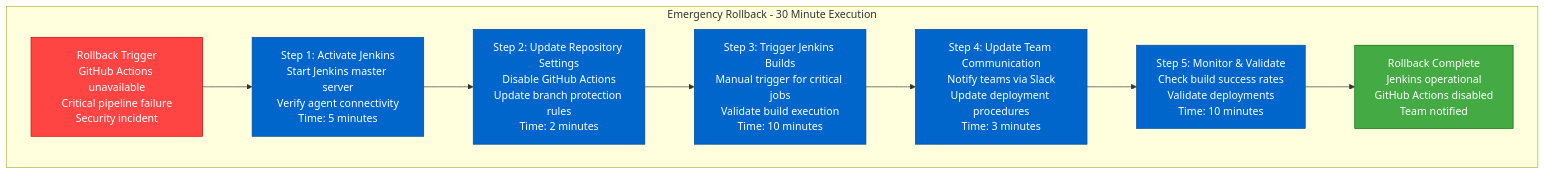
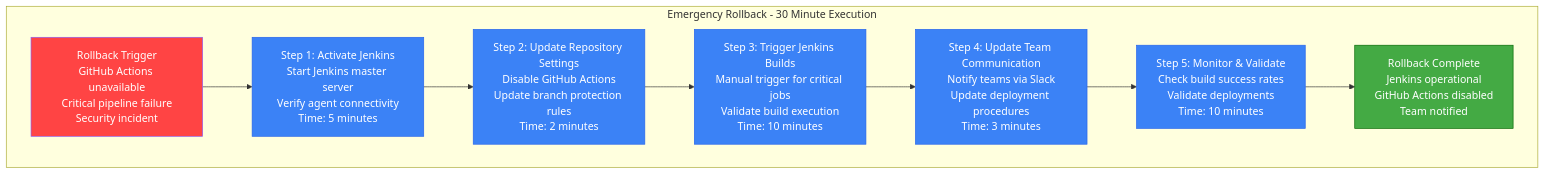
One commit to deepaucksharma/DS changed the seventh of 7 diagrams in site/docs/migrations/jenkins-to-github-actions.md. Above: the diagram before and after it, drawn with Mermaid. The commit also changed other lines of this file and 187 other files, not shown here.

````diff
--- a/site/docs/migrations/jenkins-to-github-actions.md
+++ b/site/docs/migrations/jenkins-to-github-actions.md
@@ -1291,35 +1291,35 @@
 ```mermaid
 graph TB
     subgraph RollbackProcess[Emergency Rollback - 30 Minute Execution]
 
         TRIGGER[Rollback Trigger<br/>GitHub Actions unavailable<br/>Critical pipeline failure<br/>Security incident]
 
         STEP1[Step 1: Activate Jenkins<br/>Start Jenkins master server<br/>Verify agent connectivity<br/>Time: 5 minutes]
 
         STEP2[Step 2: Update Repository Settings<br/>Disable GitHub Actions<br/>Update branch protection rules<br/>Time: 2 minutes]
 
         STEP3[Step 3: Trigger Jenkins Builds<br/>Manual trigger for critical jobs<br/>Validate build execution<br/>Time: 10 minutes]
 
         STEP4[Step 4: Update Team Communication<br/>Notify teams via Slack<br/>Update deployment procedures<br/>Time: 3 minutes]
 
         STEP5[Step 5: Monitor & Validate<br/>Check build success rates<br/>Validate deployments<br/>Time: 10 minutes]
 
         COMPLETE[Rollback Complete<br/>Jenkins operational<br/>GitHub Actions disabled<br/>Team notified]
 
         TRIGGER --> STEP1
         STEP1 --> STEP2
         STEP2 --> STEP3
         STEP3 --> STEP4
         STEP4 --> STEP5
         STEP5 --> COMPLETE
     end
 
     %% Step colors
-    classDef triggerStyle fill:#ff4444,stroke:#cc0000,color:#fff
-    classDef stepStyle fill:#0066cc,stroke:#004499,color:#fff
+    classDef triggerStyle fill:#ff4444,stroke:#8B5CF6,color:#fff
+    classDef stepStyle fill:#3B82F6,stroke:#2563EB,color:#fff
     classDef completeStyle fill:#44aa44,stroke:#006600,color:#fff
 
     class TRIGGER triggerStyle
     class STEP1,STEP2,STEP3,STEP4,STEP5 stepStyle
     class COMPLETE completeStyle
 ```
````
